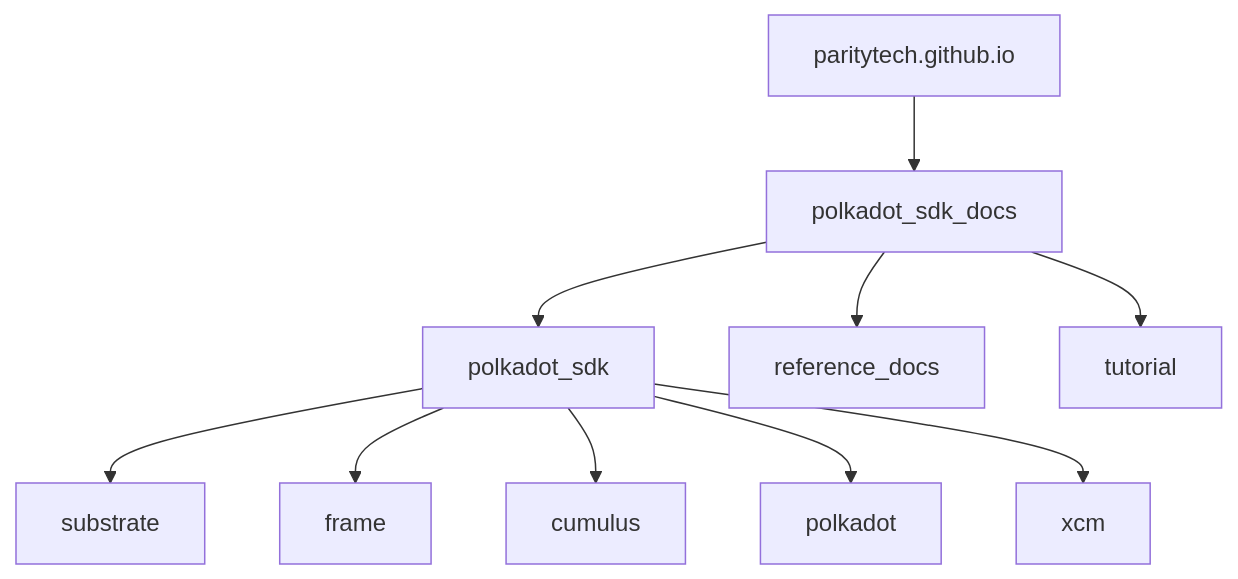
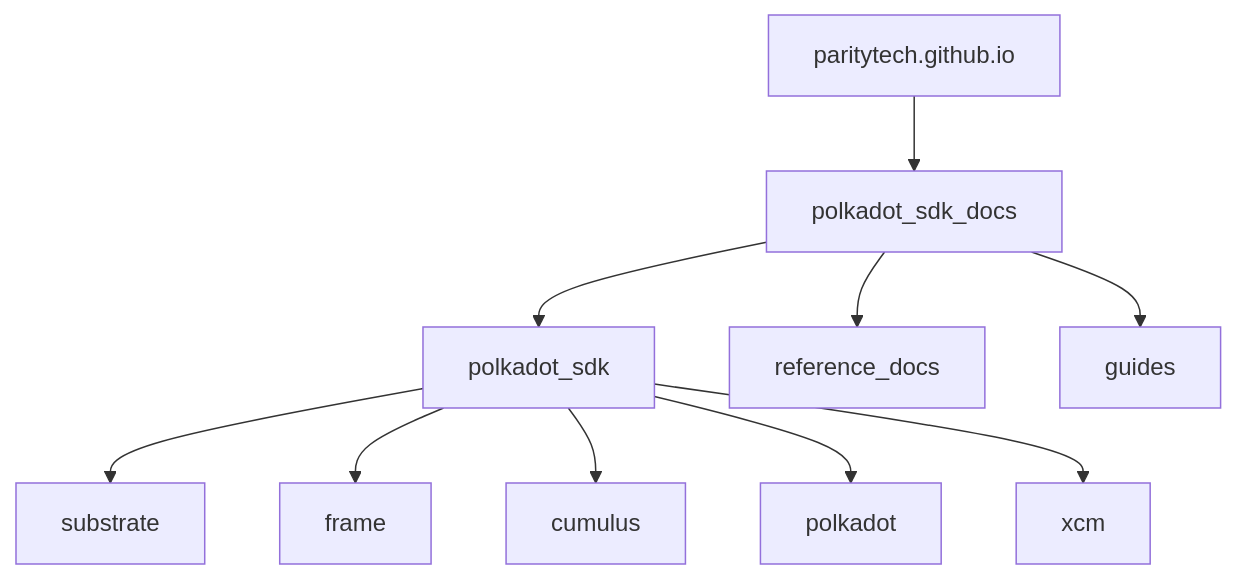
The diagram in docs/mermaid/IA.mmd (paritytech/polkadot-sdk), drawn with Mermaid before and after one commit. The commit also changed 7 other files, not shown here.

```diff
--- a/docs/mermaid/IA.mmd
+++ b/docs/mermaid/IA.mmd
@@ -1,12 +1,12 @@
 flowchart
     parity[paritytech.github.io] --> devhub[polkadot_sdk_docs]
 
     devhub --> polkadot_sdk
     devhub --> reference_docs
-    devhub --> tutorial
+    devhub --> guides
 
     polkadot_sdk --> substrate
     polkadot_sdk --> frame
     polkadot_sdk --> cumulus
     polkadot_sdk --> polkadot
     polkadot_sdk --> xcm
```
